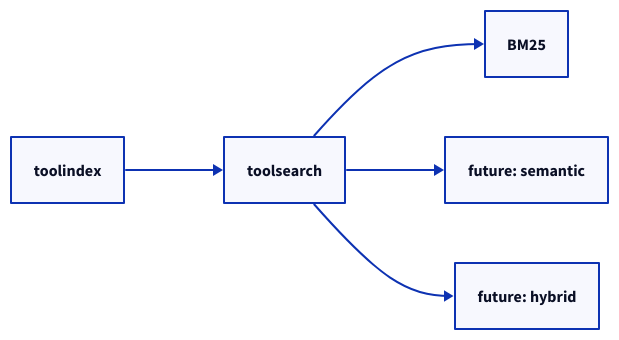
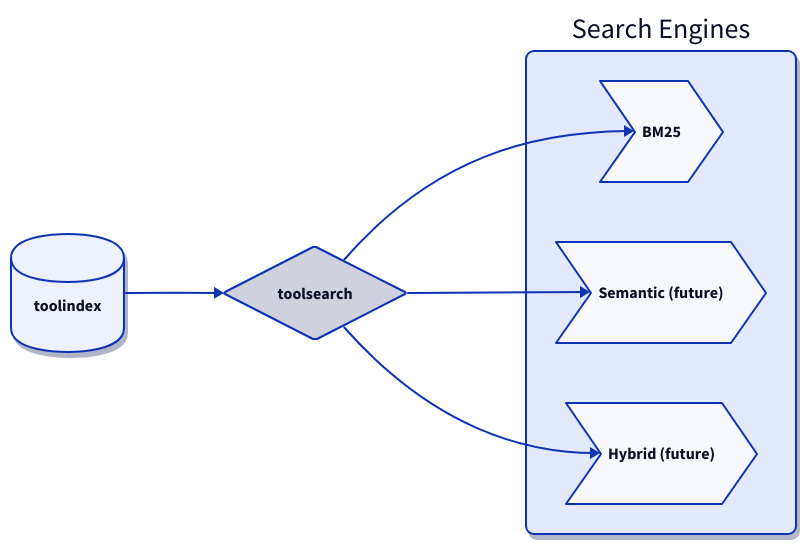
One commit to jonwraymond/ai-tools-stack changed the diagram in docs/diagrams/search-strategy-layering.d2. Above: the diagram before and after it, drawn with D2. The commit also changed 38 other files, not shown here.

Commit message:
docs: migrate diagrams to d2

```diff
--- a/docs/diagrams/search-strategy-layering.d2
+++ b/docs/diagrams/search-strategy-layering.d2
@@ -1,7 +1,28 @@
 direction: right
 
+style: { font-size: 14 }
+
+toolindex: "toolindex" {
+  shape: cylinder
+  style: { shadow: true }
+}
+
+toolsearch: "toolsearch" {
+  shape: diamond
+}
+
+engines: {
+  label: "Search Engines"
+  style: {
+  border-radius: 8
+  shadow: true
+}
+  bm25: "BM25" { shape: step }
+  semantic: "Semantic (future)" { shape: step }
+  hybrid: "Hybrid (future)" { shape: step }
+}
+
 toolindex -> toolsearch
-
-toolsearch -> BM25
- toolsearch -> "future: semantic"
- toolsearch -> "future: hybrid"
+ toolsearch -> engines.bm25
+ toolsearch -> engines.semantic
+ toolsearch -> engines.hybrid
```
